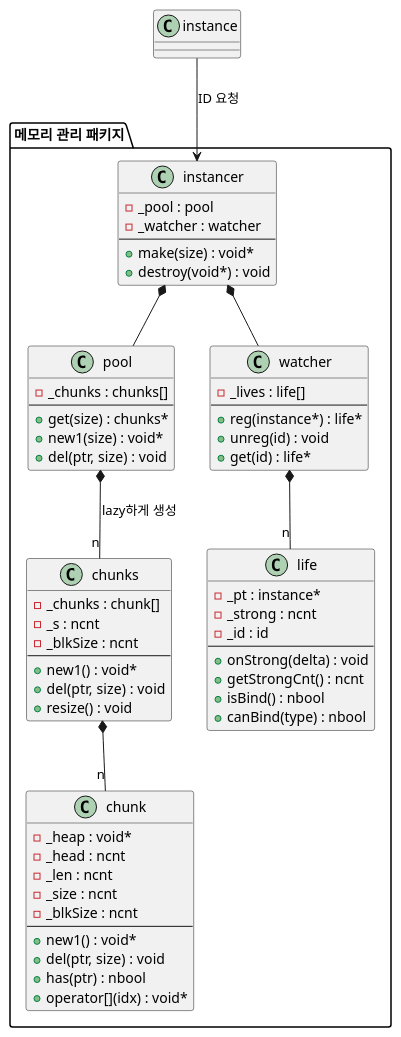
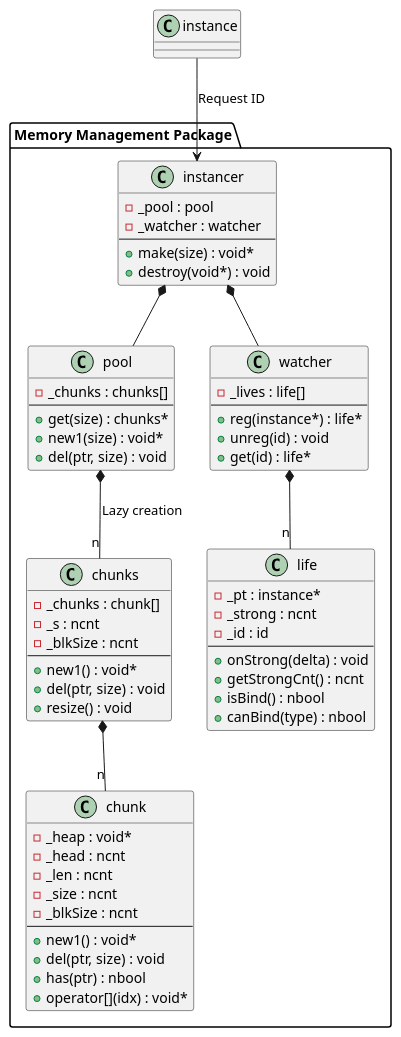
Before and after one commit to byeolang/byeol: the third of 5 diagrams in doc/ref/ko/ag-architecture-memlite.md, drawn with PlantUML. The commit also changed other lines of this file and 5 other files, not shown here.

First line of the commit message:
docs: translate Korean to English in PlantUML blocks

```diff
--- a/doc/ref/ko/ag-architecture-memlite.md
+++ b/doc/ref/ko/ag-architecture-memlite.md
@@ -334,70 +334,70 @@
 @startuml
-package "메모리 관리 패키지" {
+package "Memory Management Package" {
     class "instancer" as instancer {
         - _pool : pool
         - _watcher : watcher
         ---
         + make(size) : void*
         + destroy(void*) : void
     }
 
     class "pool" as pool {
         - _chunks : chunks[]
         ---
         + get(size) : chunks*
         + new1(size) : void*
         + del(ptr, size) : void
     }
 
     class "chunks" as chunks {
         - _chunks : chunk[]
         - _s : ncnt
         - _blkSize : ncnt
         ---
         + new1() : void*
         + del(ptr, size) : void
         + resize() : void
     }
 
     class "chunk" as chunk {
         - _heap : void*
         - _head : ncnt
         - _len : ncnt
         - _size : ncnt
         - _blkSize : ncnt
         ---
         + new1() : void*
         + del(ptr, size) : void
         + has(ptr) : nbool
         + operator[](idx) : void*
     }
 
     class "watcher" as watcher {
         - _lives : life[]
         ---
         + reg(instance*) : life*
         + unreg(id) : void
         + get(id) : life*
     }
 
     class "life" as life {
         - _pt : instance*
         - _strong : ncnt
         - _id : id
         ---
         + onStrong(delta) : void
         + getStrongCnt() : ncnt
         + isBind() : nbool
         + canBind(type) : nbool
     }
 }
 
 instancer *-- pool
 instancer *-- watcher
-pool *-- "n" chunks : lazy하게 생성
+pool *-- "n" chunks : Lazy creation
 chunks *-- "n" chunk
 watcher *-- "n" life
 
-instance --> instancer: ID 요청
+instance --> instancer: Request ID
 
 @enduml
```
